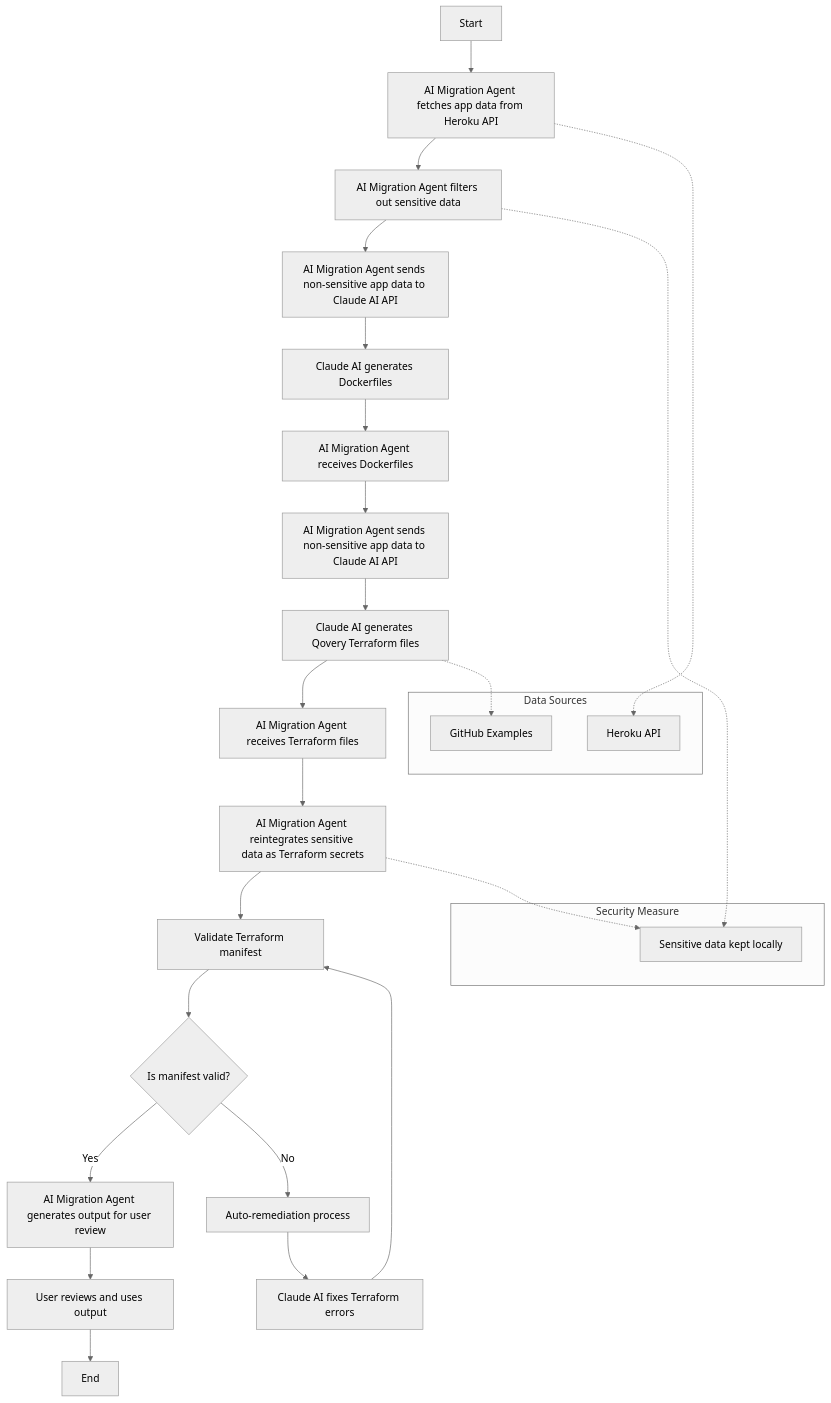
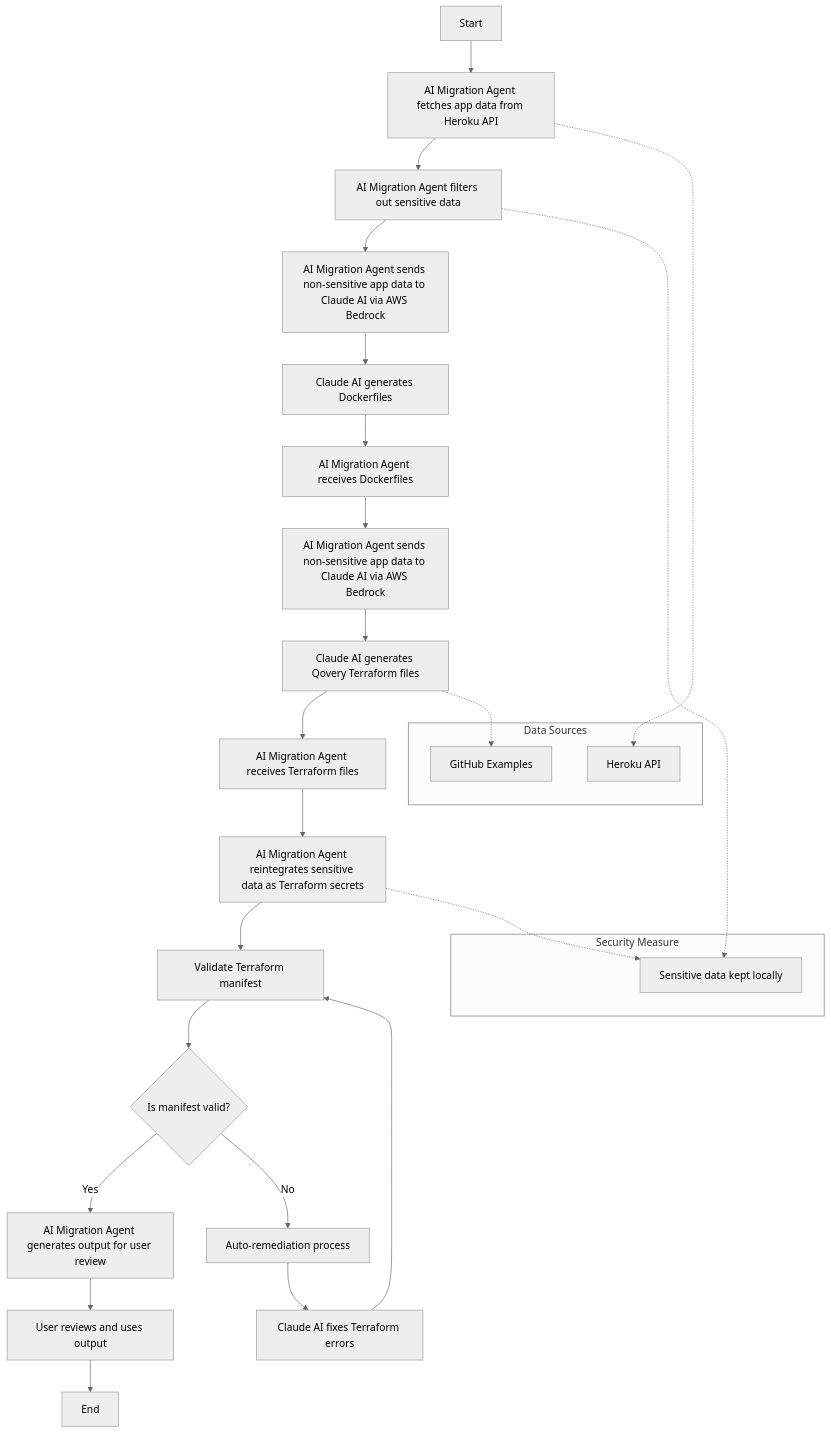
The diagram in README.md (Qovery/qovery-migration-ai-agent), drawn with Mermaid (neutral theme) before and after one commit. The commit also changed other lines of this file and 10 other files, not shown here.

````diff
--- a/README.md
+++ b/README.md
@@ -40,35 +44,35 @@
 ```mermaid
 graph TD
     A[Start] --> B[AI Migration Agent fetches app data from Heroku API]
     B --> C[AI Migration Agent filters out sensitive data]
-    C --> D[AI Migration Agent sends non-sensitive app data to Claude AI API]
+    C --> D[AI Migration Agent sends non-sensitive app data to Claude AI via AWS Bedrock]
     D --> E[Claude AI generates Dockerfiles]
     E --> F[AI Migration Agent receives Dockerfiles]
-    F --> G[AI Migration Agent sends non-sensitive app data to Claude AI API]
+    F --> G[AI Migration Agent sends non-sensitive app data to Claude AI via AWS Bedrock]
     G --> H[Claude AI generates Qovery Terraform files]
     H --> I[AI Migration Agent receives Terraform files]
     I --> J[AI Migration Agent reintegrates sensitive data as Terraform secrets]
     J --> K[Validate Terraform manifest]
     K --> L{Is manifest valid?}
     L -->|Yes| M[AI Migration Agent generates output for user review]
     L -->|No| N[Auto-remediation process]
     N --> O[Claude AI fixes Terraform errors]
     O --> K
     M --> P[User reviews and uses output]
     P --> Q[End]
 
     subgraph "Data Sources"
         R[Heroku API]
         S[GitHub Examples]
     end
 
     subgraph "Security Measure"
         T[Sensitive data kept locally]
     end
 
     B -.-> R
     H -.-> S
     C -.-> T
     J -.-> T
 
 ```
````
